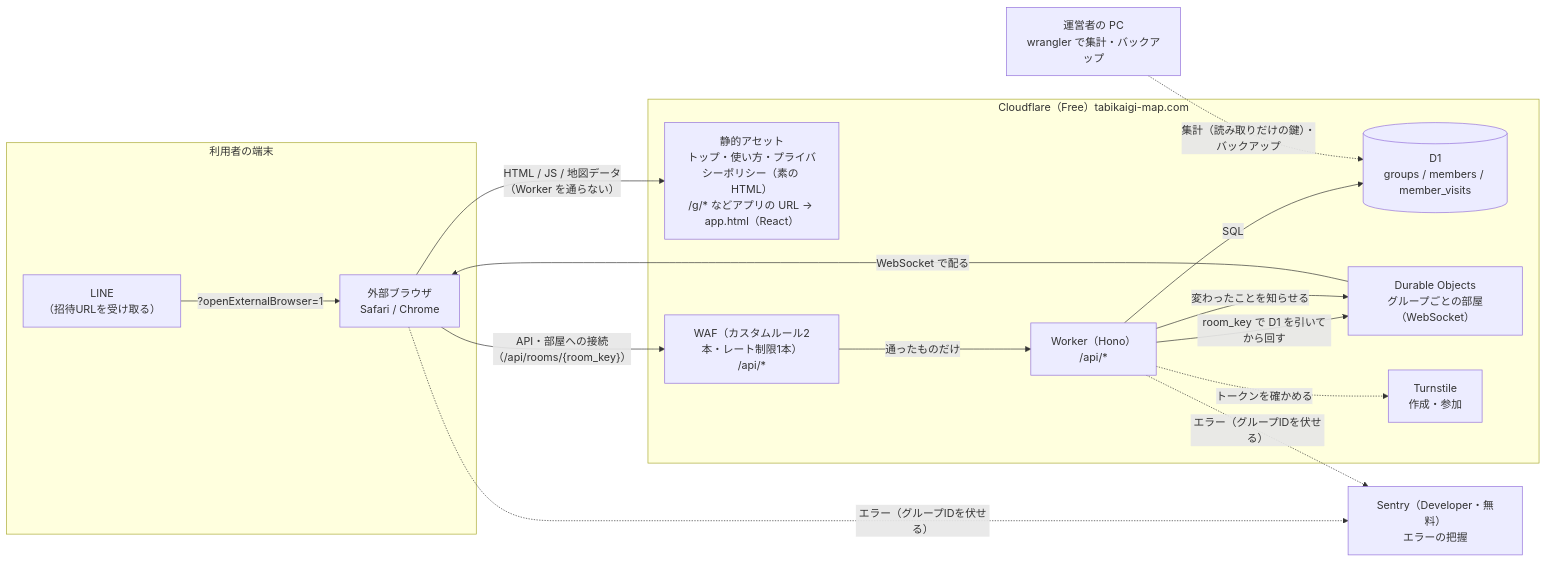
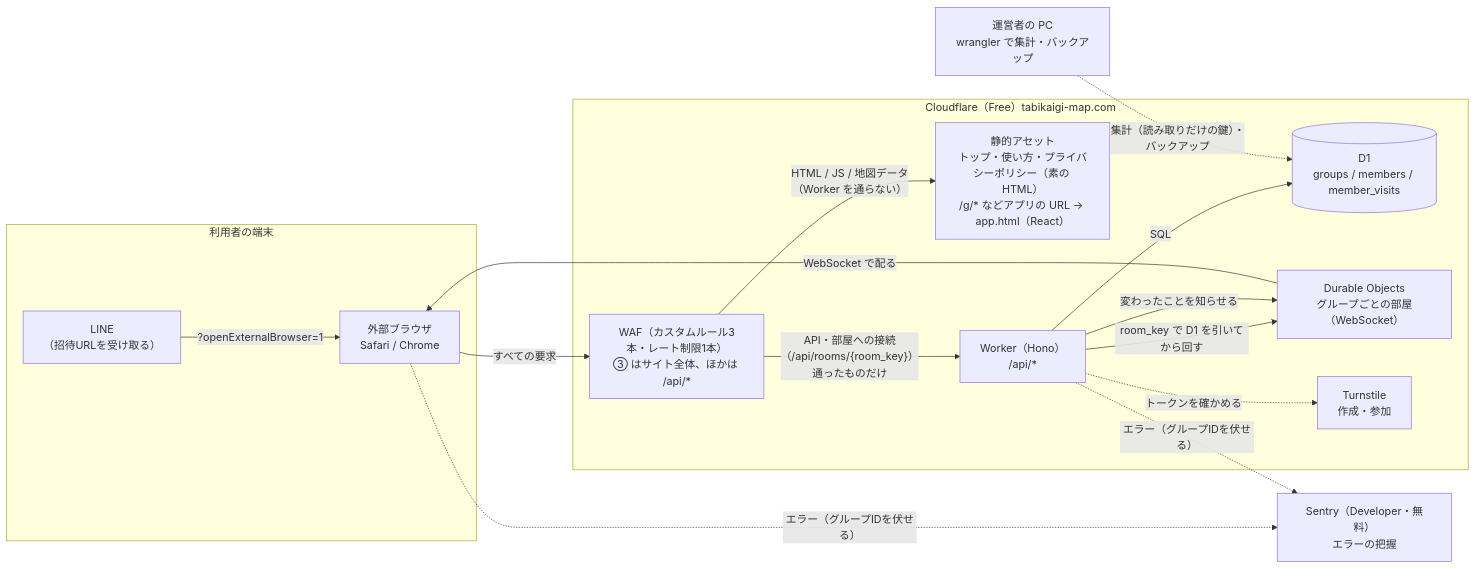
Before and after one commit to yuppy52/tabikaigi-map: the diagram in docs/design/architecture.md, drawn with Mermaid. The commit also changed other lines of this file and 6 other files, not shown here.

````diff
--- a/docs/design/architecture.md
+++ b/docs/design/architecture.md
@@ -7,32 +7,32 @@
 ```mermaid
 flowchart LR
   subgraph client["利用者の端末"]
     LINE["LINE<br/>（招待URLを受け取る）"]
     Browser["外部ブラウザ<br/>Safari / Chrome"]
     LINE -- "?openExternalBrowser=1" --> Browser
   end
   Ops["運営者の PC<br/>wrangler で集計・バックアップ"]
 
   subgraph cf["Cloudflare（Free）tabikaigi-map.com"]
     Assets["静的アセット<br/>トップ・使い方・プライバシーポリシー（素の HTML）<br/>/g/* などアプリの URL → app.html（React）"]
-    WAF["WAF（カスタムルール2本・レート制限1本）<br/>/api/*"]
+    WAF["WAF（カスタムルール3本・レート制限1本）<br/>③ はサイト全体、ほかは /api/*"]
     Worker["Worker（Hono）<br/>/api/*"]
     D1[("D1<br/>groups / members / member_visits")]
     Room["Durable Objects<br/>グループごとの部屋（WebSocket）"]
     Turnstile["Turnstile<br/>作成・参加"]
   end
 
   Sentry["Sentry（Developer・無料）<br/>エラーの把握"]
 
-  Browser -- "HTML / JS / 地図データ<br/>（Worker を通らない）" --> Assets
-  Browser -- "API・部屋への接続（/api/rooms/{room_key}）" --> WAF
-  WAF -- "通ったものだけ" --> Worker
+  Browser -- "すべての要求" --> WAF
+  WAF -- "HTML / JS / 地図データ<br/>（Worker を通らない）" --> Assets
+  WAF -- "API・部屋への接続（/api/rooms/{room_key}）<br/>通ったものだけ" --> Worker
   Worker -- "SQL" --> D1
   Worker -- "room_key で D1 を引いてから回す" --> Room
   Worker -- "変わったことを知らせる" --> Room
   Room -- "WebSocket で配る" --> Browser
   Worker -. "トークンを確かめる" .-> Turnstile
   Browser -. "エラー（グループIDを伏せる）" .-> Sentry
   Worker -. "エラー（グループIDを伏せる）" .-> Sentry
   Ops -. "集計（読み取りだけの鍵）・バックアップ" .-> D1
 ```
````
